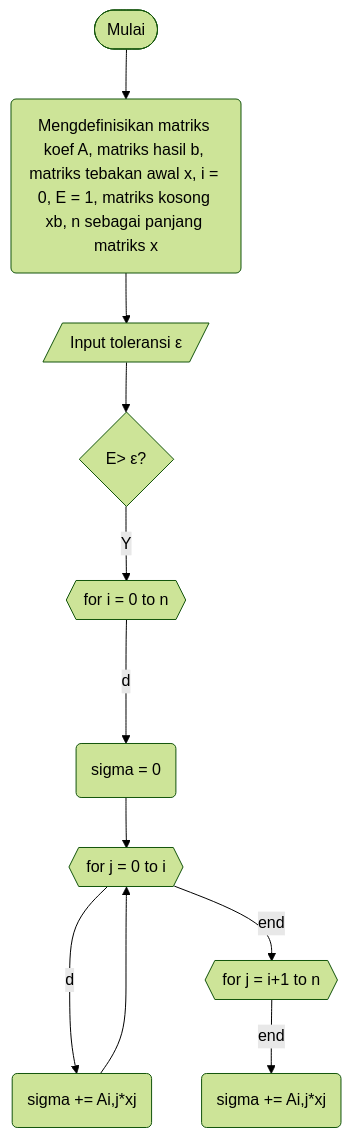
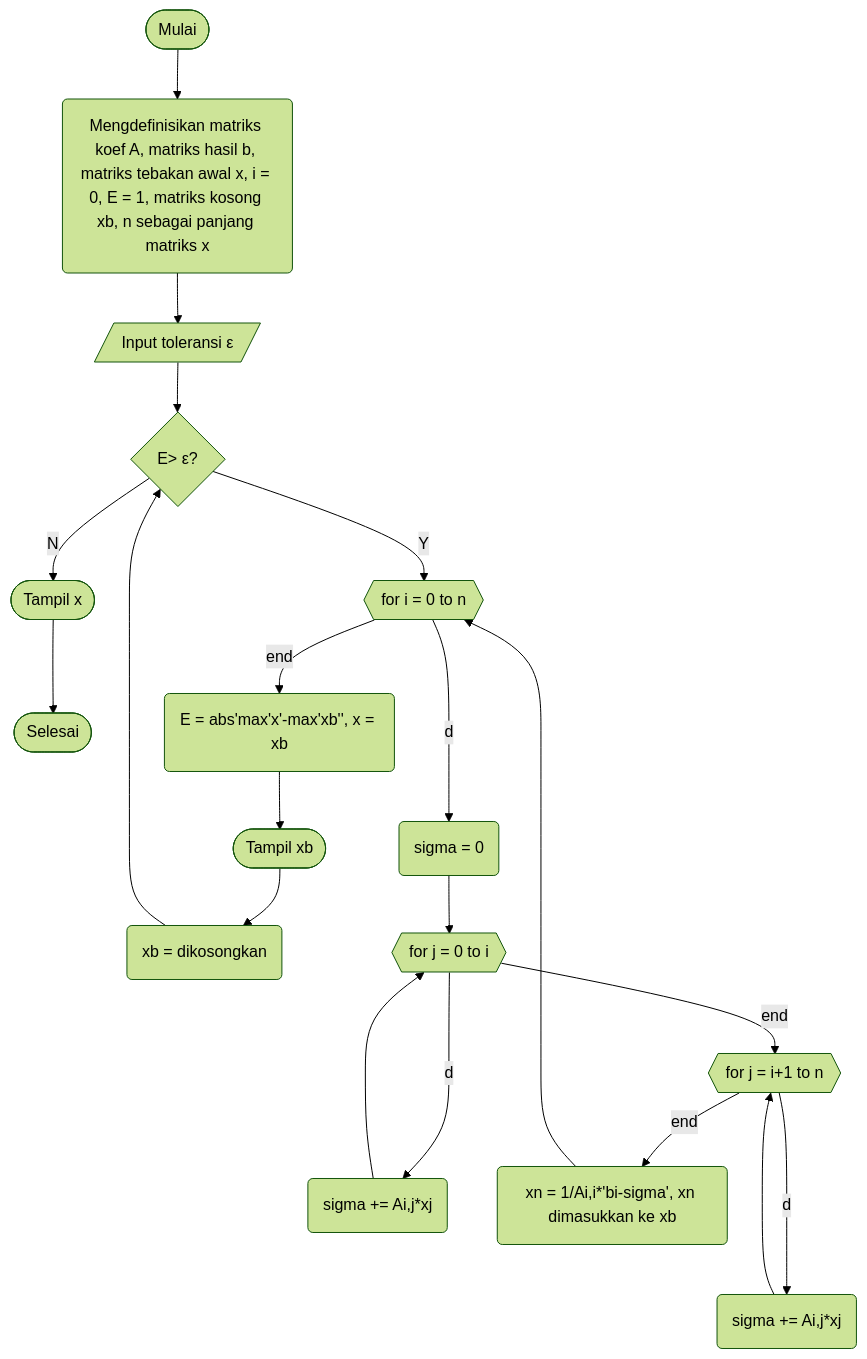
Before and after one commit to yozoracaelum/KN-M3: the diagram in README.md, drawn with Mermaid (forest theme).

````diff
--- a/README.md
+++ b/README.md
@@ -4,13 +4,22 @@
 ```mermaid
 graph TD;
     A([Mulai])-->B(Mengdefinisikan matriks koef A, matriks hasil b, matriks tebakan awal x, i = 0, E = 1, matriks kosong xb, n sebagai panjang matriks x);
     B-->C[/Input toleransi ε/];
     C-->D{E> ε?};
     D--Y-->E{{for i = 0 to n}};
+    D--N-->O([Tampil x]);
+    O-->P([Selesai]);
+    E--end-->L(E = abs'max'x'-max'xb'', x = xb);
+    L-->M([Tampil xb]);
+    M-->N(xb = dikosongkan);
+    N-->D;
     E--do-->F(sigma = 0);
     F-->G{{for j = 0 to i}}
     G--do-->H(sigma += Ai,j*xj);
     H-->G;
     G--end-->I{{for j = i+1 to n}};
-    I--end-->J(sigma += Ai,j*xj);
+    I--do-->J(sigma += Ai,j*xj);
+    J-->I;
+    I--end-->K(xn = 1/Ai,i*'bi-sigma', xn dimasukkan ke xb);
+    K-->E;
 ```
````
